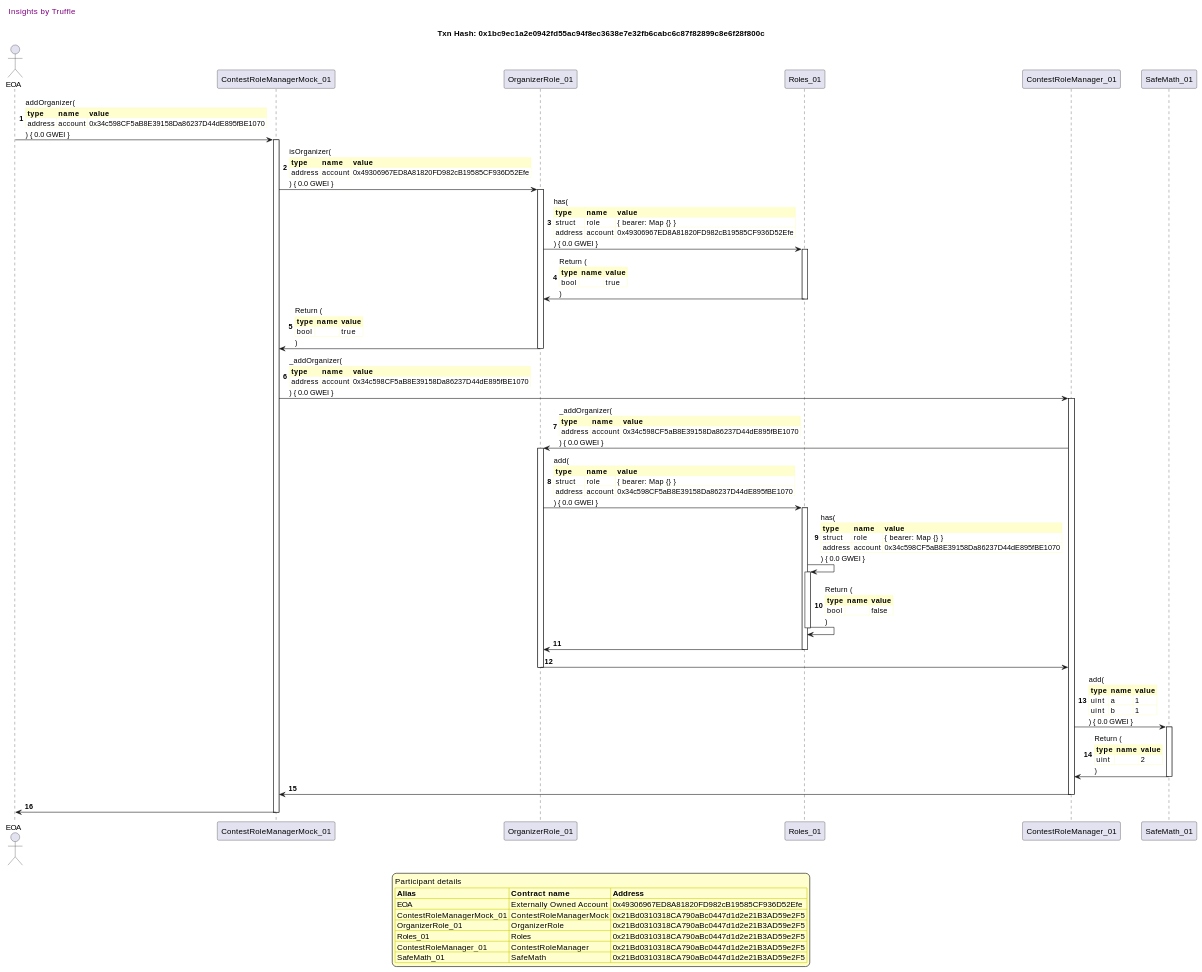
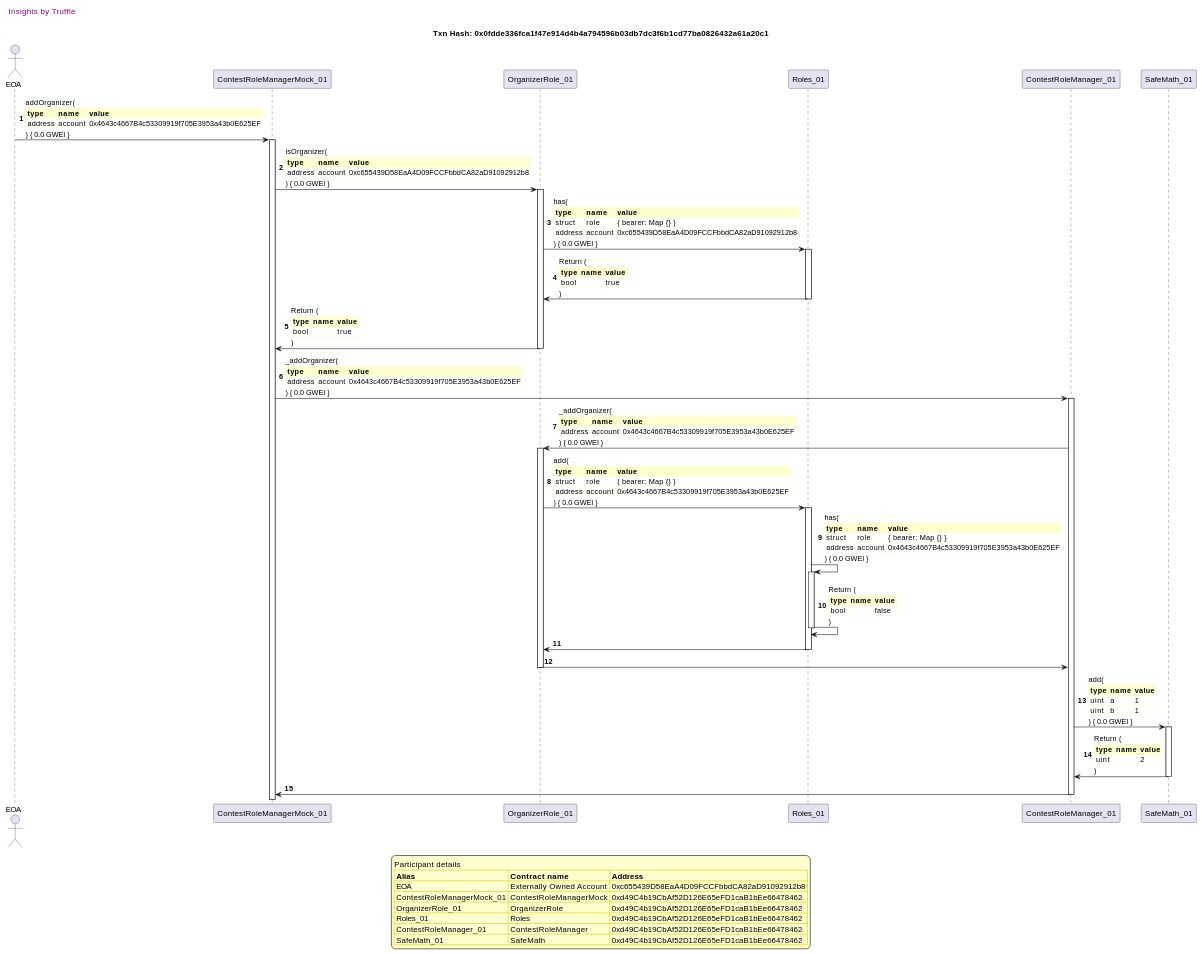
Before and after one commit to fodisi/hackapay: diagram 12 of 20 in truffle-seq/roles_contestrolemanager.md, drawn with PlantUML. The commit also changed other lines of this file and 10 other files, not shown here.

```diff
--- a/truffle-seq/roles_contestrolemanager.md
+++ b/truffle-seq/roles_contestrolemanager.md
@@ -1067,7 +1058,7 @@
 
 header Insights by Truffle
 
-title Txn Hash: 0x1bc9ec1a2e0942fd55ac94f8ec3638e7e32fb6cabc6c87f82899c8e6f28f800c
+title Txn Hash: 0x0fdde336fca1f47e914d4b4a794596b03db7dc3f6b1cd77ba0826432a61a20c1
 
 
 actor EOA as "EOA"
@@ -1079,16 +1070,16 @@
 
 "EOA" -> "ContestRoleManagerMock_01" ++: addOrganizer(\n\
 <#FEFECE,#FEFECE>|= type |= name |= value |\n\
-| address | account | 0x34c598CF5aB8E39158Da86237D44dE895fBE1070 |\n\
+| address | account | 0x4643c4667B4c53309919f705E3953a43b0E625EF |\n\
 ) { 0.0 GWEI }
 "ContestRoleManagerMock_01" -> "OrganizerRole_01" ++: isOrganizer(\n\
 <#FEFECE,#FEFECE>|= type |= name |= value |\n\
-| address | account | 0x49306967ED8A81820FD982cB19585CF936D52Efe |\n\
+| address | account | 0xc655439D58EaA4D09FCCFbbdCA82aD91092912b8 |\n\
 ) { 0.0 GWEI }
 "OrganizerRole_01" -> "Roles_01" ++: has(\n\
 <#FEFECE,#FEFECE>|= type |= name |= value |\n\
 | struct | role | { bearer: Map {} } |\n\
-| address | account | 0x49306967ED8A81820FD982cB19585CF936D52Efe |\n\
+| address | account | 0xc655439D58EaA4D09FCCFbbdCA82aD91092912b8 |\n\
 ) { 0.0 GWEI }
 "Roles_01" -> "OrganizerRole_01" --: Return (\n\
 <#FEFECE,#FEFECE>|= type |= name |= value |\n\
@@ -1100,21 +1091,21 @@
 )
 "ContestRoleManagerMock_01" -> "ContestRoleManager_01" ++: _addOrganizer(\n\
 <#FEFECE,#FEFECE>|= type |= name |= value |\n\
-| address | account | 0x34c598CF5aB8E39158Da86237D44dE895fBE1070 |\n\
+| address | account | 0x4643c4667B4c53309919f705E3953a43b0E625EF |\n\
 ) { 0.0 GWEI }
 "ContestRoleManager_01" -> "OrganizerRole_01" ++: _addOrganizer(\n\
 <#FEFECE,#FEFECE>|= type |= name |= value |\n\
-| address | account | 0x34c598CF5aB8E39158Da86237D44dE895fBE1070 |\n\
+| address | account | 0x4643c4667B4c53309919f705E3953a43b0E625EF |\n\
 ) { 0.0 GWEI }
 "OrganizerRole_01" -> "Roles_01" ++: add(\n\
 <#FEFECE,#FEFECE>|= type |= name |= value |\n\
 | struct | role | { bearer: Map {} } |\n\
-| address | account | 0x34c598CF5aB8E39158Da86237D44dE895fBE1070 |\n\
+| address | account | 0x4643c4667B4c53309919f705E3953a43b0E625EF |\n\
 ) { 0.0 GWEI }
 "Roles_01" -> "Roles_01" ++: has(\n\
 <#FEFECE,#FEFECE>|= type |= name |= value |\n\
 | struct | role | { bearer: Map {} } |\n\
-| address | account | 0x34c598CF5aB8E39158Da86237D44dE895fBE1070 |\n\
+| address | account | 0x4643c4667B4c53309919f705E3953a43b0E625EF |\n\
 ) { 0.0 GWEI }
 "Roles_01" -> "Roles_01" --: Return (\n\
 <#FEFECE,#FEFECE>|= type |= name |= value |\n\
@@ -1132,17 +1123,16 @@
 | uint |  | 2 |\n\
 )
 "ContestRoleManager_01" -> "ContestRoleManagerMock_01" --: 
-"ContestRoleManagerMock_01" -> "EOA" --: 
 
 legend
 Participant details
 <#FEFECE,#D0D000>|= Alias |= Contract name |= Address |
-<#FEFECE>| EOA | Externally Owned Account | 0x49306967ED8A81820FD982cB19585CF936D52Efe |
-<#FEFECE>| ContestRoleManagerMock_01 | ContestRoleManagerMock | 0x21Bd0310318CA790aBc0447d1d2e21B3AD59e2F5 |
-<#FEFECE>| OrganizerRole_01 | OrganizerRole | 0x21Bd0310318CA790aBc0447d1d2e21B3AD59e2F5 |
-<#FEFECE>| Roles_01 | Roles | 0x21Bd0310318CA790aBc0447d1d2e21B3AD59e2F5 |
-<#FEFECE>| ContestRoleManager_01 | ContestRoleManager | 0x21Bd0310318CA790aBc0447d1d2e21B3AD59e2F5 |
-<#FEFECE>| SafeMath_01 | SafeMath | 0x21Bd0310318CA790aBc0447d1d2e21B3AD59e2F5 |
+<#FEFECE>| EOA | Externally Owned Account | 0xc655439D58EaA4D09FCCFbbdCA82aD91092912b8 |
+<#FEFECE>| ContestRoleManagerMock_01 | ContestRoleManagerMock | 0xd49C4b19CbAf52D126E65eFD1caB1bEe66478462 |
+<#FEFECE>| OrganizerRole_01 | OrganizerRole | 0xd49C4b19CbAf52D126E65eFD1caB1bEe66478462 |
+<#FEFECE>| Roles_01 | Roles | 0xd49C4b19CbAf52D126E65eFD1caB1bEe66478462 |
+<#FEFECE>| ContestRoleManager_01 | ContestRoleManager | 0xd49C4b19CbAf52D126E65eFD1caB1bEe66478462 |
+<#FEFECE>| SafeMath_01 | SafeMath | 0xd49C4b19CbAf52D126E65eFD1caB1bEe66478462 |
 endlegend
 
 @enduml
```
